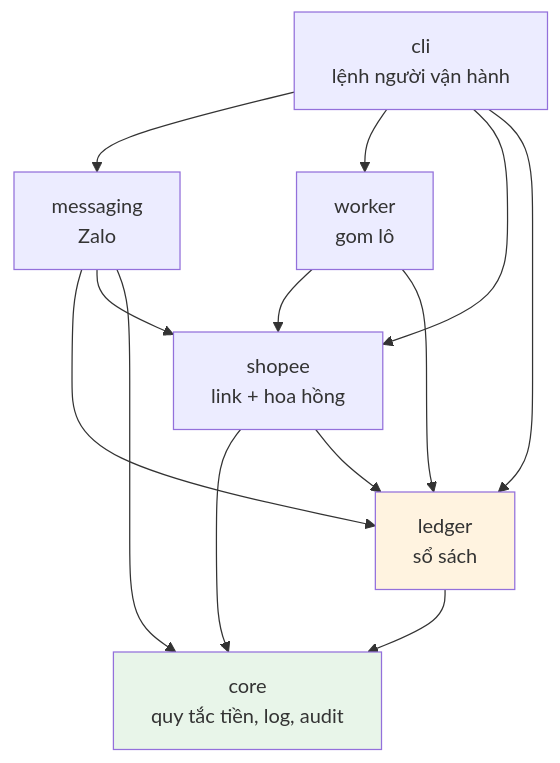
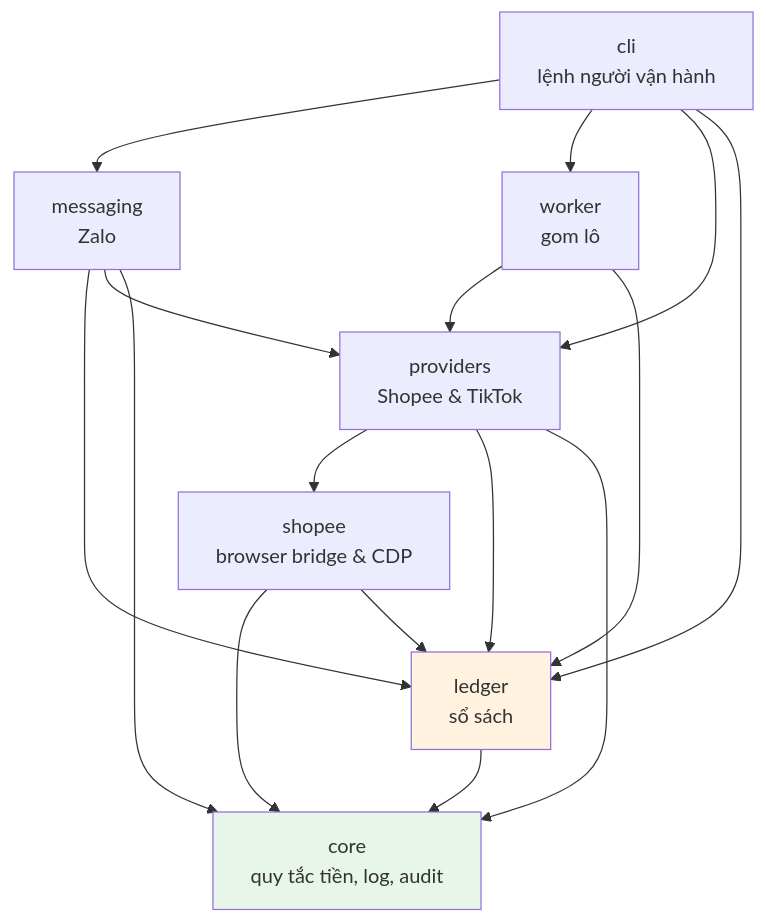
The diagram in docs/02-architecture/overview.md (Duke0503/shopee-aff), drawn with Mermaid before and after one commit. The commit also changed other lines of this file and 31 other files, not shown here.

````diff
--- a/docs/02-architecture/overview.md
+++ b/docs/02-architecture/overview.md
@@ -8,25 +8,29 @@
 ```mermaid
 graph TD
     CLI[cli<br/>lệnh người vận hành]
     MSG[messaging<br/>Zalo]
     WRK[worker<br/>gom lô]
-    SHP[shopee<br/>link + hoa hồng]
+    PRV[providers<br/>Shopee & TikTok]
+    SHP[shopee<br/>browser bridge & CDP]
     LDG[ledger<br/>sổ sách]
     COR[core<br/>quy tắc tiền, log, audit]
 
     CLI --> MSG
     CLI --> WRK
-    CLI --> SHP
+    CLI --> PRV
     CLI --> LDG
     MSG --> LDG
-    MSG --> SHP
+    MSG --> PRV
     MSG --> COR
-    WRK --> SHP
+    WRK --> PRV
     WRK --> LDG
+    PRV --> SHP
+    PRV --> LDG
+    PRV --> COR
     SHP --> COR
     SHP --> LDG
     LDG --> COR
 
     style COR fill:#e8f5e9
     style LDG fill:#fff3e0
 ```
````
